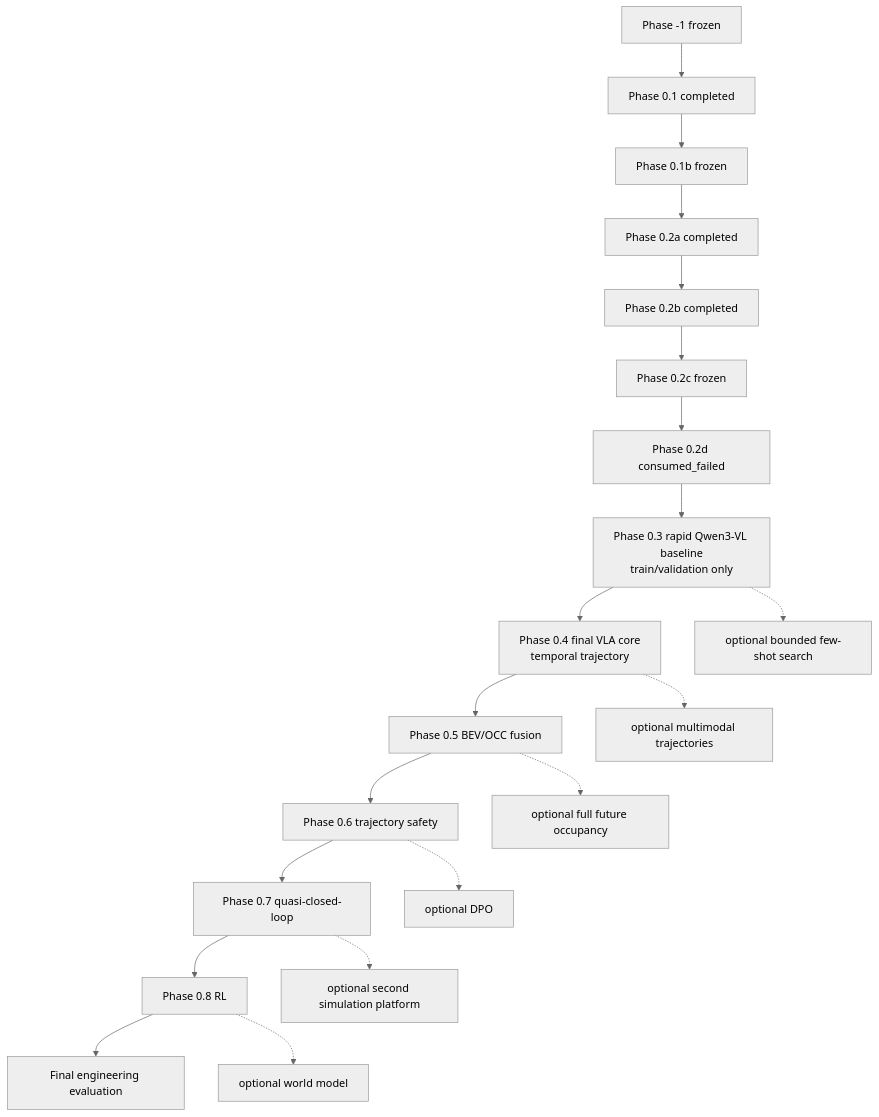
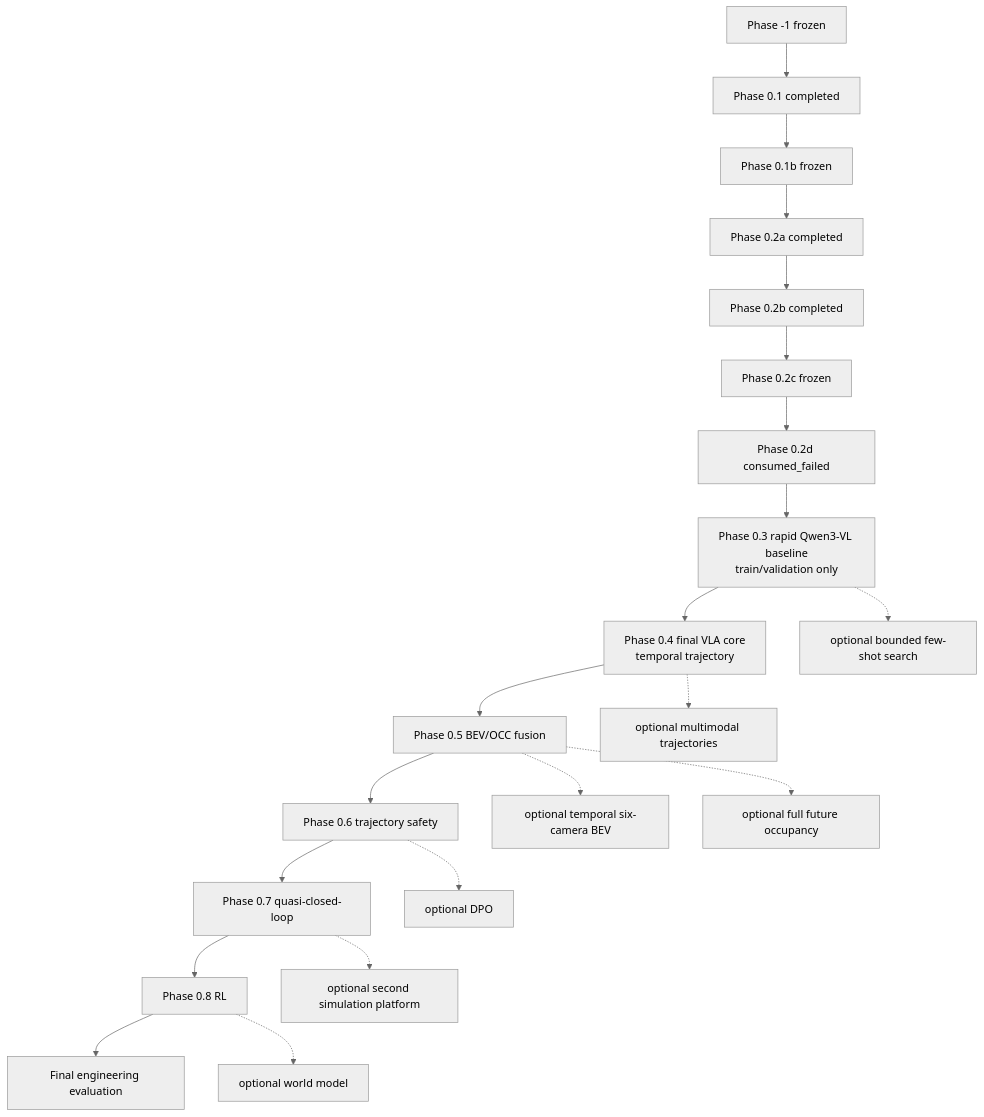
One commit to TNAG031231/4vla_learning changed the second of 2 diagrams in project_mvp_plan.md. Above: the diagram before and after it, drawn with Mermaid (neutral theme). The commit also changed other lines of this file, not shown here.

Commit message:
docs: specify BEV OCC semantic geometry fusion

````diff
--- a/project_mvp_plan.md
+++ b/project_mvp_plan.md
@@ -361,23 +371,24 @@
 ```mermaid
 flowchart TD
     Pm1["Phase -1 frozen"] --> P01["Phase 0.1 completed"]
     P01 --> P01b["Phase 0.1b frozen"]
     P01b --> P02a["Phase 0.2a completed"]
     P02a --> P02b["Phase 0.2b completed"]
     P02b --> P02c["Phase 0.2c frozen"]
     P02c --> P02d["Phase 0.2d consumed_failed"]
     P02d --> P03["Phase 0.3 rapid Qwen3-VL baseline<br/>train/validation only"]
     P03 --> P04["Phase 0.4 final VLA core<br/>temporal trajectory"]
     P04 --> P05["Phase 0.5 BEV/OCC fusion"]
     P05 --> P06["Phase 0.6 trajectory safety"]
     P06 --> P07["Phase 0.7 quasi-closed-loop"]
     P07 --> P08["Phase 0.8 RL"]
     P08 --> PF["Final engineering evaluation"]
 
     P03 -.-> OPrompt["optional bounded few-shot search"]
     P04 -.-> OMulti["optional multimodal trajectories"]
+    P05 -.-> OTemporalBEV["optional temporal six-camera BEV"]
     P05 -.-> OFutureOcc["optional full future occupancy"]
     P06 -.-> ODPO["optional DPO"]
     P07 -.-> OPlatform["optional second simulation platform"]
     P08 -.-> OWorld["optional world model"]
 ```
````
